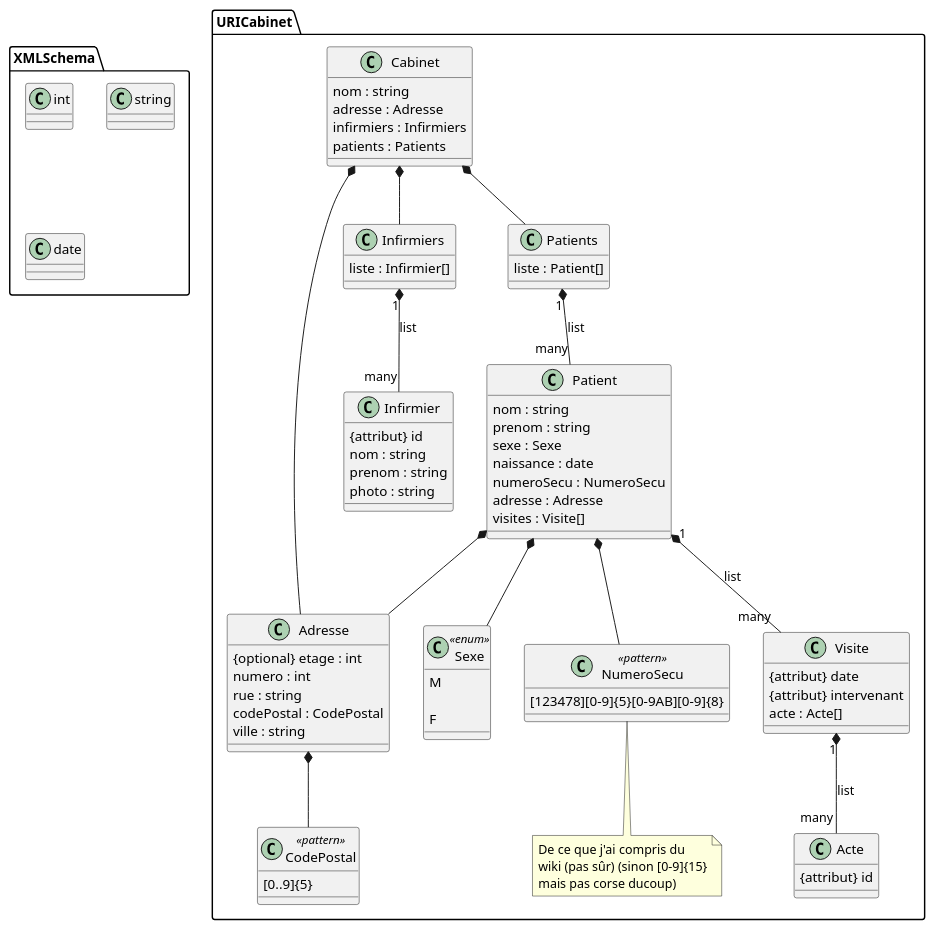
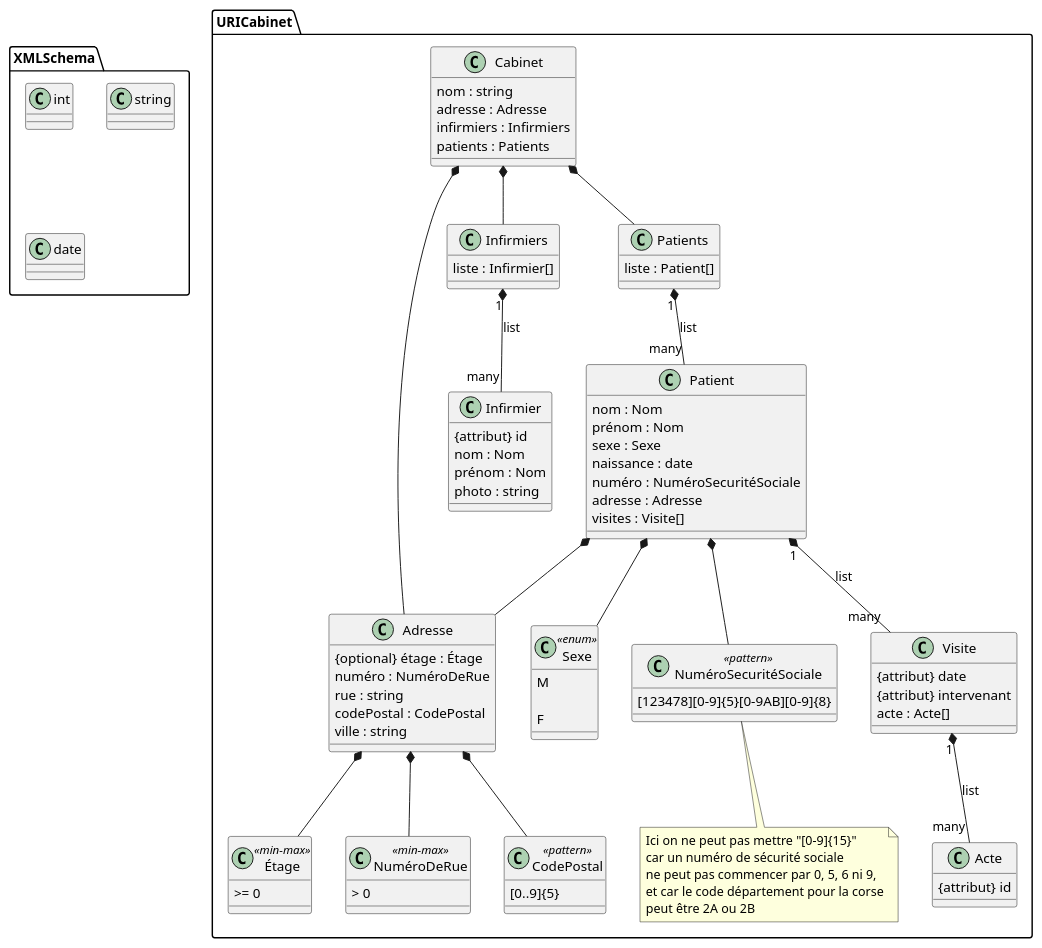
The diagram in data/UML/Cabinet.puml (TennesseeAlves/CabinetInfirmier), drawn with PlantUML before and after one commit. The commit also changed 2 other files, not shown here.

```diff
--- a/data/UML/Cabinet.puml
+++ b/data/UML/Cabinet.puml
@@ -1,93 +1,104 @@
 @startuml
 package XMLSchema{
   class int{}
   class string{}
   class date{}
 }
 
 
 package URICabinet{
 
   class Cabinet{
     nom : string
     adresse : Adresse
     infirmiers : Infirmiers
     patients : Patients
   }
   
   class Adresse{
-    {optional} etage : int
-    numero : int
+    {optional} étage : Étage
+    numéro : NuméroDeRue
     rue : string
     codePostal : CodePostal
     ville : string
+  }
+
+  class Étage <<min-max>>{
+     >= 0
+  }
+
+  class NuméroDeRue <<min-max>>{
+    > 0
   }
 
   class CodePostal <<pattern>>{
     [0..9]{5}
   }
   
   class Infirmiers{
     liste : Infirmier[]
   }
 
   class Infirmier{
     {attribut} id
-    nom : string
-    prenom : string
+    nom : Nom
+    prénom : Nom
     photo : string
   }
   
   class Patients{
     liste : Patient[]
   }
   
   class Patient{
-    nom : string
-    prenom : string
+    nom : Nom
+    prénom : Nom
     sexe : Sexe
     naissance : date
-    numeroSecu : NumeroSecu
+    numéro : NuméroSecuritéSociale
     adresse : Adresse
     visites : Visite[]
   }
 
   class Sexe <<enum>>{
     M
-
+   
     F
   }
 
-  class NumeroSecu <<pattern>>{
+  class NuméroSecuritéSociale <<pattern>>{
     [123478][0-9]{5}[0-9AB][0-9]{8}
   }
   
   class Visite{
     {attribut} date
     {attribut} intervenant
     acte : Acte[]
   }
   
   class Acte{
     {attribut} id
   }
-  note bottom of NumeroSecu : De ce que j'ai compris du\nwiki (pas sûr) (sinon [0-9]{15}\nmais pas corse ducoup)
-}
+  
+  note bottom of NuméroSecuritéSociale : Ici on ne peut pas mettre "[0-9]{15}"\ncar un numéro de sécurité sociale\nne peut pas commencer par 0, 5, 6 ni 9,\net car le code département pour la corse\npeut être 2A ou 2B
+ }
 
 Cabinet *-- Adresse
 Cabinet *-- Infirmiers
 Cabinet *-- Patients
 
 Adresse *-- CodePostal
+Adresse *-- Étage
+Adresse *-- NuméroDeRue
 
 Infirmiers "1" *-- "many" Infirmier : list
 
 Patients "1" *-- "many" Patient : list
 
 Patient *-- Sexe
-Patient *-- NumeroSecu
+Patient *-- NuméroSecuritéSociale
 Patient *-- Adresse
 Patient "1" *-- "many" Visite : list
 
 Visite "1" *-- "many" Acte : list
 @enduml
```
